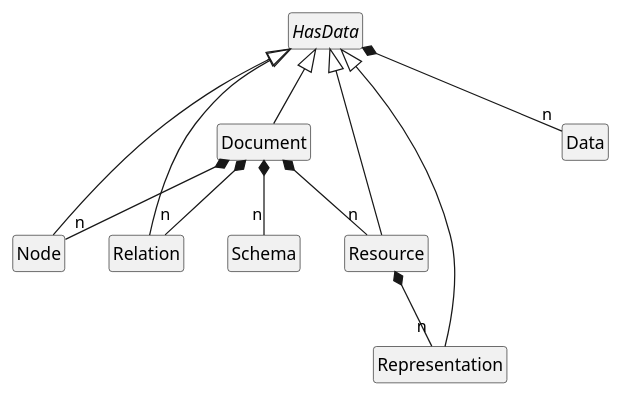
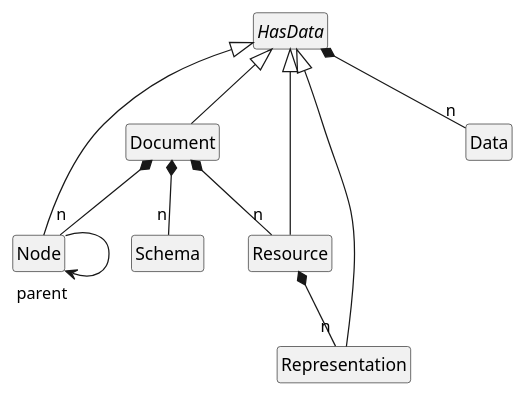
The first of 3 diagrams in reader-ocif/src/main/java/com/graphinout/reader/ocif/cj/ocif-cj-mapping.adoc (Calpano/graphinout), drawn with PlantUML before and after one commit. The commit also changed other lines of this file and 213 other files, not shown here.

```diff
--- a/reader-ocif/src/main/java/com/graphinout/reader/ocif/cj/ocif-cj-mapping.adoc
+++ b/reader-ocif/src/main/java/com/graphinout/reader/ocif/cj/ocif-cj-mapping.adoc
@@ -7,27 +7,25 @@
 [plantuml]
 ....
 hide empty members
 hide circle
 
 class Document
 class Node
-class Relation
 class Resource
 class Representation
 class Schema
 class Data
 interface HasData
 
 HasData <|-- Document
 HasData <|-- Node
-HasData <|-- Relation
 HasData <|-- Resource
 HasData <|-- Representation
 HasData *-- "n" Data
 
 Document *-- "n" Node
-Document *-- "n" Relation
 Document *-- "n" Resource
 Document *-- "n" Schema
 Resource *-- "n" Representation
+Node --> "parent" Node
 ....
```
